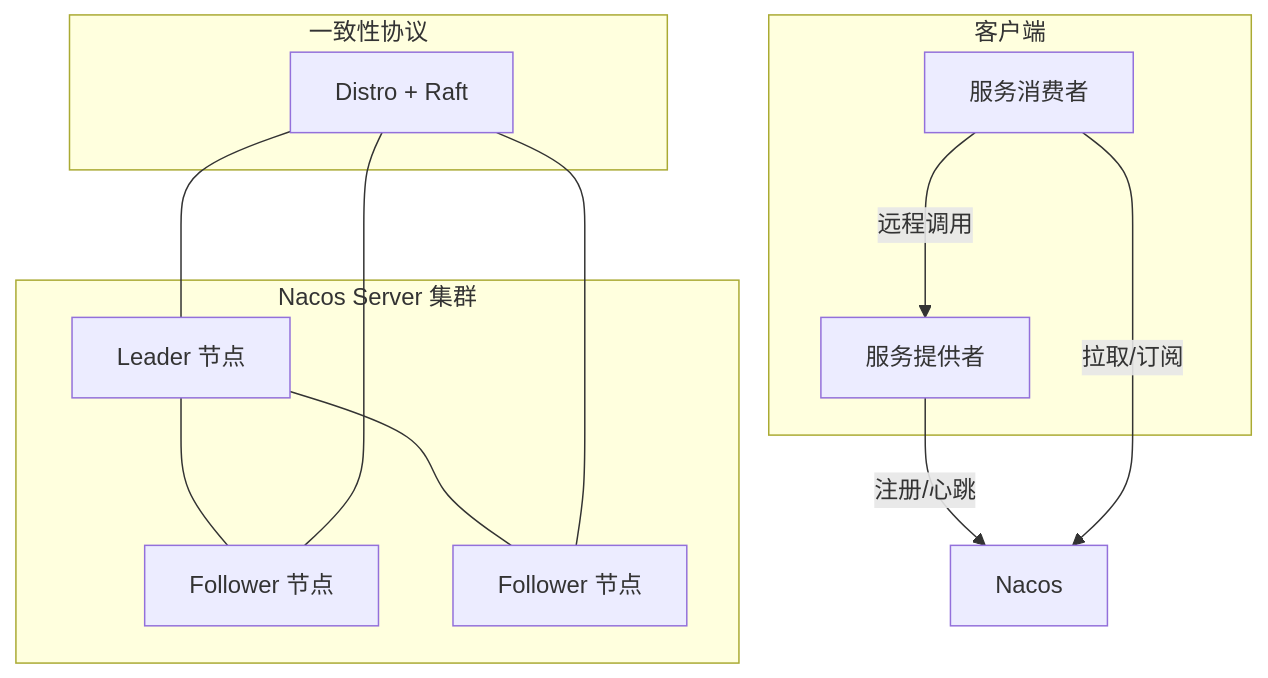
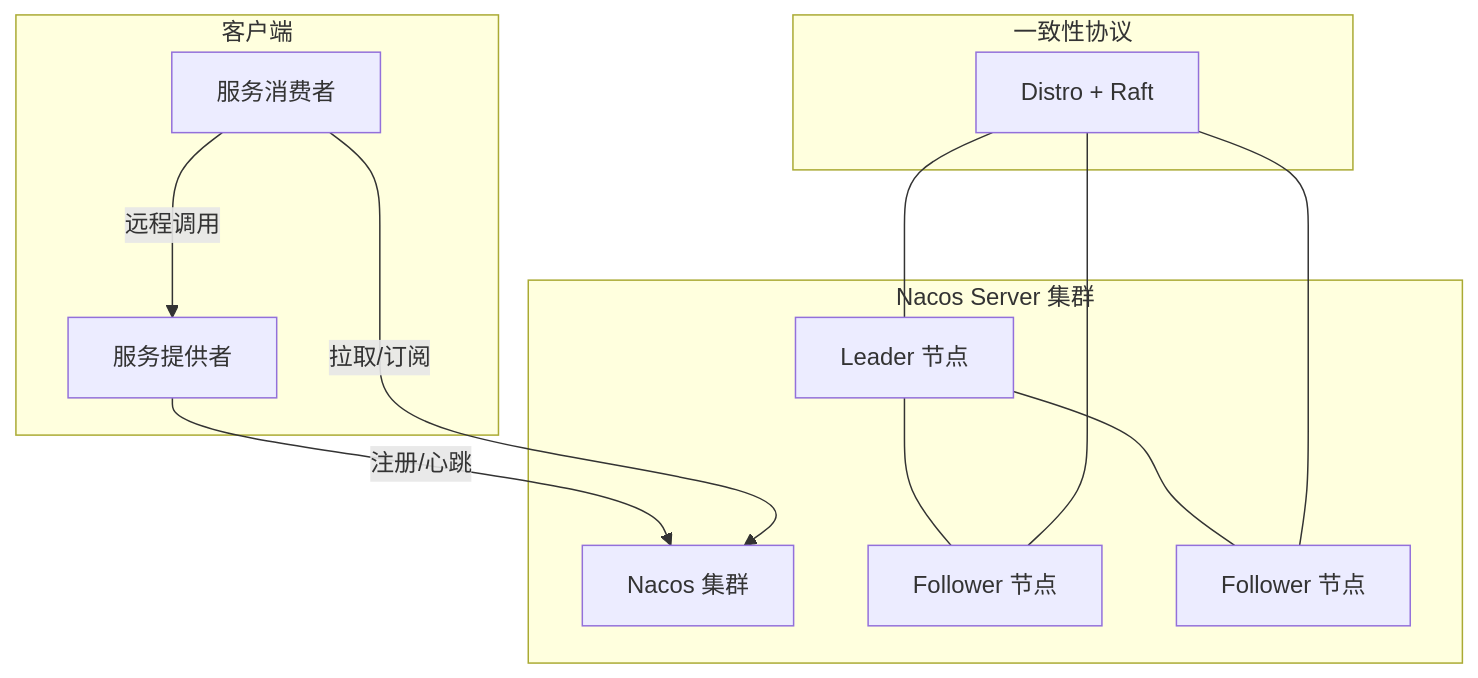
One commit to kane201x/javadoc changed the third of 8 diagrams in 07-spring-cloud/README.md. Above: the diagram before and after it, drawn with Mermaid. The commit also changed other lines of this file and 12 other files, not shown here.

First line of the commit message:
fix: correct mermaid diagram syntax across all modules

````diff
--- a/07-spring-cloud/README.md
+++ b/07-spring-cloud/README.md
@@ -138,26 +139,27 @@
 ```mermaid
 graph TB
-    subgraph Nacos Server 集群
+    subgraph NacosCluster[Nacos Server 集群]
+        Nacos[Nacos 集群]
         Leader[Leader 节点]
         Follower1[Follower 节点]
         Follower2[Follower 节点]
         Leader --- Follower1
         Leader --- Follower2
     end
 
-    subgraph 一致性协议
+    subgraph ConsensusProtocol[一致性协议]
         Proto[Distro + Raft]
         Proto --- Leader
         Proto --- Follower1
         Proto --- Follower2
     end
 
-    subgraph 客户端
+    subgraph Clients[客户端]
         Provider[服务提供者]
         Consumer[服务消费者]
     end
 
     Provider -- 注册/心跳 --> Nacos
     Consumer -- 拉取/订阅 --> Nacos
     Consumer -- 远程调用 --> Provider
 ```
````
